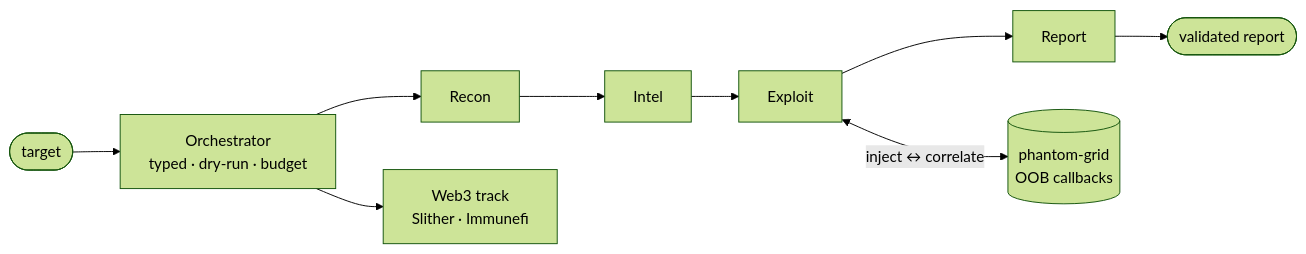
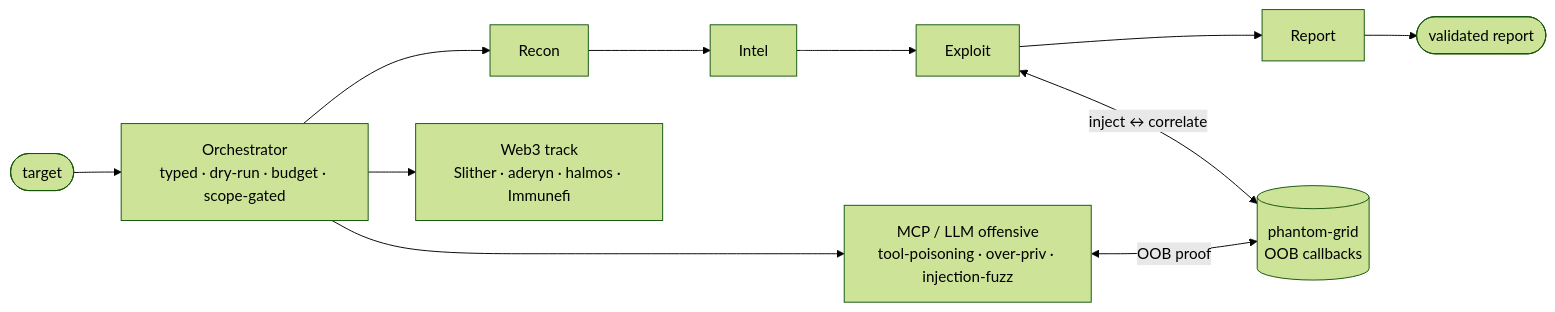
The diagram in README.md (evkir/CyberAI), drawn with Mermaid (forest theme) before and after one commit.

Commit message:
docs(readme): add MCP/LLM offensive branch to architecture diagram

````diff
--- a/README.md
+++ b/README.md
@@ -82,7 +82,9 @@
 ```mermaid
 flowchart LR
-    T([target]) --> O[Orchestrator<br/>typed · dry-run · budget]
+    T([target]) --> O[Orchestrator<br/>typed · dry-run · budget · scope-gated]
     O --> R[Recon] --> I[Intel] --> E[Exploit] --> RP[Report] --> V([validated report])
     E <-->|inject ↔ correlate| PG[(phantom-grid<br/>OOB callbacks)]
-    O --> W3[Web3 track<br/>Slither · Immunefi]
+    O --> W3[Web3 track<br/>Slither · aderyn · halmos · Immunefi]
+    O --> MCP[MCP / LLM offensive<br/>tool-poisoning · over-priv · injection-fuzz]
+    MCP <-->|OOB proof| PG
 ```
````
